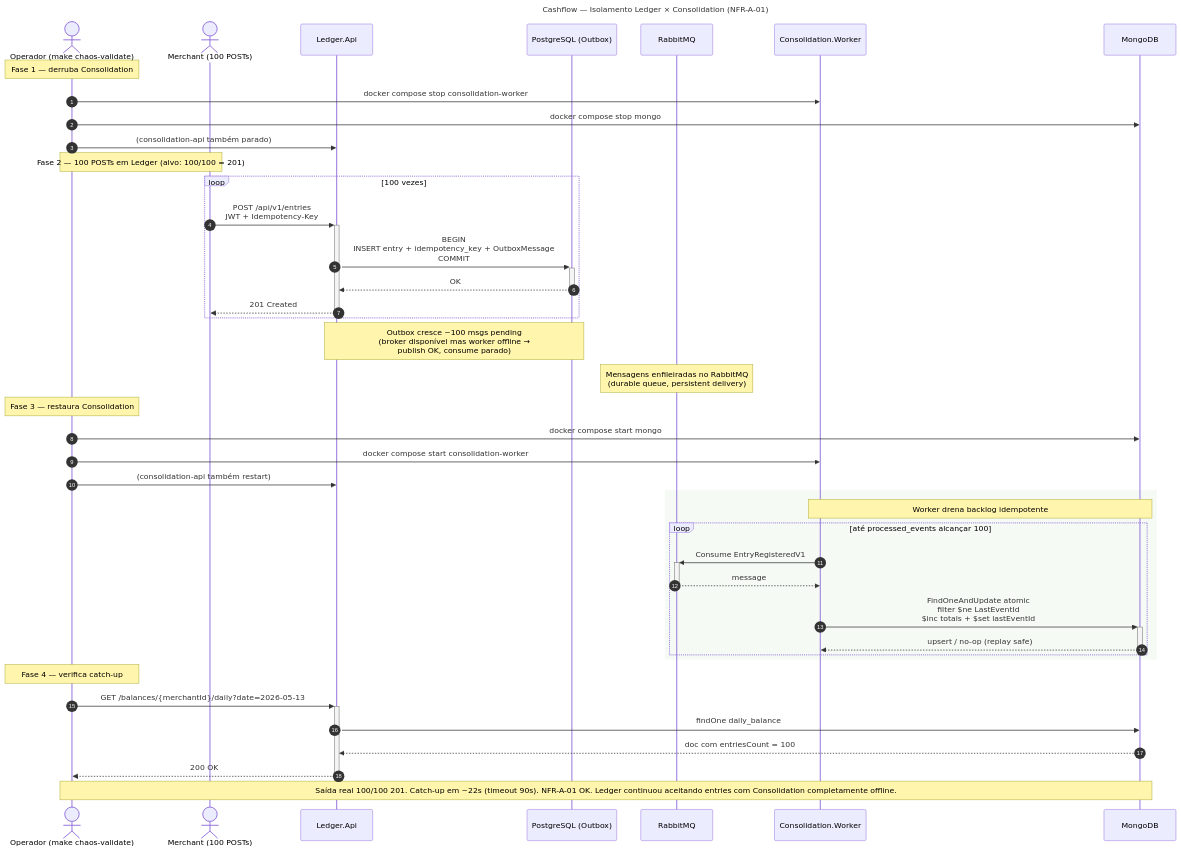
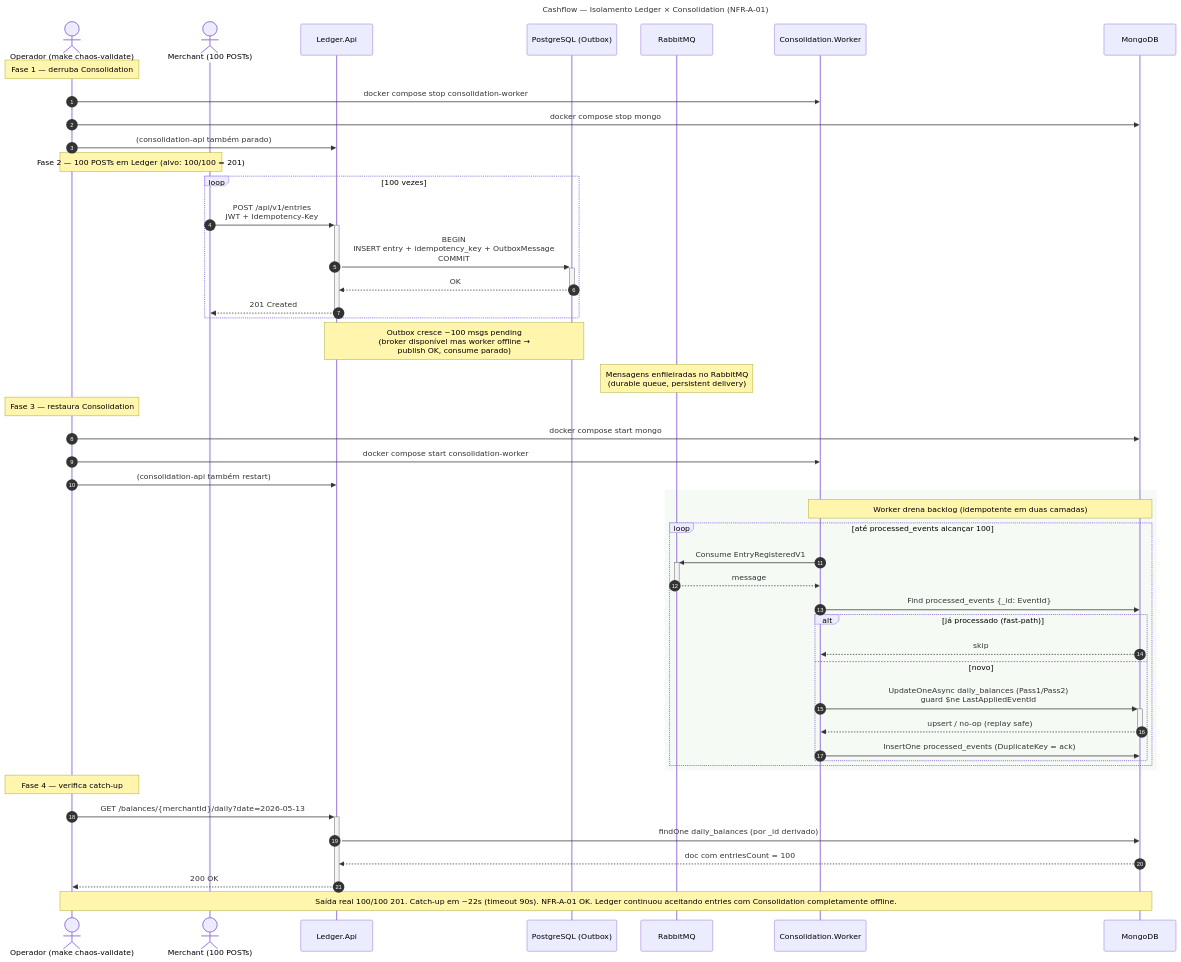
Before and after one commit to marcelocamargosjr/cashflow: the diagram in docs/sequence/chaos-isolation.mmd, drawn with Mermaid. The commit also changed 19 other files, not shown here.

```diff
--- a/docs/sequence/chaos-isolation.mmd
+++ b/docs/sequence/chaos-isolation.mmd
@@ -1,51 +1,57 @@
 ---
 title: Cashflow — Isolamento Ledger × Consolidation (NFR-A-01)
 ---
 sequenceDiagram
     autonumber
     actor Op as Operador (make chaos-validate)
     actor Merchant as Merchant (100 POSTs)
     participant API as Ledger.Api
     participant DB as PostgreSQL (Outbox)
     participant MQ as RabbitMQ
     participant WRK as Consolidation.Worker
     participant MGO as MongoDB
 
     note over Op: Fase 1 — derruba Consolidation
     Op->>WRK: docker compose stop consolidation-worker
     Op->>MGO: docker compose stop mongo
     Op->>API: (consolidation-api também parado)
 
     note over Op,Merchant: Fase 2 — 100 POSTs em Ledger (alvo: 100/100 = 201)
     loop 100 vezes
         Merchant->>+API: POST /api/v1/entries<br/>JWT + Idempotency-Key
         API->>+DB: BEGIN<br/>INSERT entry + idempotency_key + OutboxMessage<br/>COMMIT
         DB-->>-API: OK
         API-->>-Merchant: 201 Created
     end
     note over API,DB: Outbox cresce ~100 msgs pending<br/>(broker disponível mas worker offline →<br/>publish OK, consume parado)
 
     note over MQ: Mensagens enfileiradas no RabbitMQ<br/>(durable queue, persistent delivery)
 
     note over Op: Fase 3 — restaura Consolidation
     Op->>MGO: docker compose start mongo
     Op->>WRK: docker compose start consolidation-worker
     Op->>API: (consolidation-api também restart)
 
     rect rgb(245, 250, 245)
-    note over WRK,MGO: Worker drena backlog idempotente
+    note over WRK,MGO: Worker drena backlog (idempotente em duas camadas)
         loop até processed_events alcançar 100
             WRK->>+MQ: Consume EntryRegisteredV1
             MQ-->>-WRK: message
-            WRK->>+MGO: FindOneAndUpdate atomic<br/>filter $ne LastEventId<br/>$inc totals + $set lastEventId
-            MGO-->>-WRK: upsert / no-op (replay safe)
+            WRK->>MGO: Find processed_events {_id: EventId}
+            alt já processado (fast-path)
+                MGO-->>WRK: skip
+            else novo
+                WRK->>+MGO: UpdateOneAsync daily_balances (Pass1/Pass2)<br/>guard $ne LastAppliedEventId
+                MGO-->>-WRK: upsert / no-op (replay safe)
+                WRK->>MGO: InsertOne processed_events (DuplicateKey = ack)
+            end
         end
     end
 
     note over Op: Fase 4 — verifica catch-up
     Op->>+API: GET /balances/{merchantId}/daily?date=2026-05-13
-    API->>MGO: findOne daily_balance
+    API->>MGO: findOne daily_balances (por _id derivado)
     MGO-->>API: doc com entriesCount = 100
     API-->>-Op: 200 OK
 
     Note over Op,MGO: Saída real 100/100 201. Catch-up em ~22s (timeout 90s). NFR-A-01 OK. Ledger continuou aceitando entries com Consolidation completamente offline.
```
